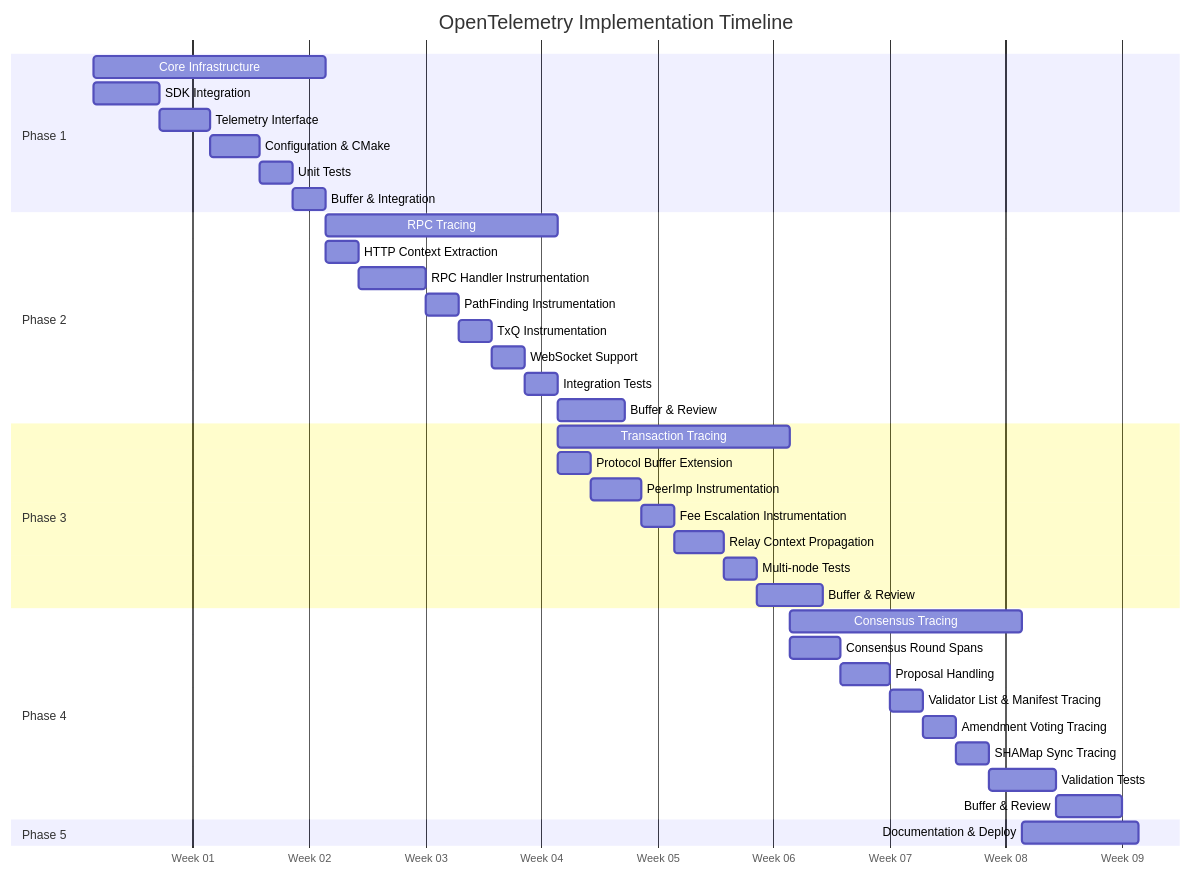
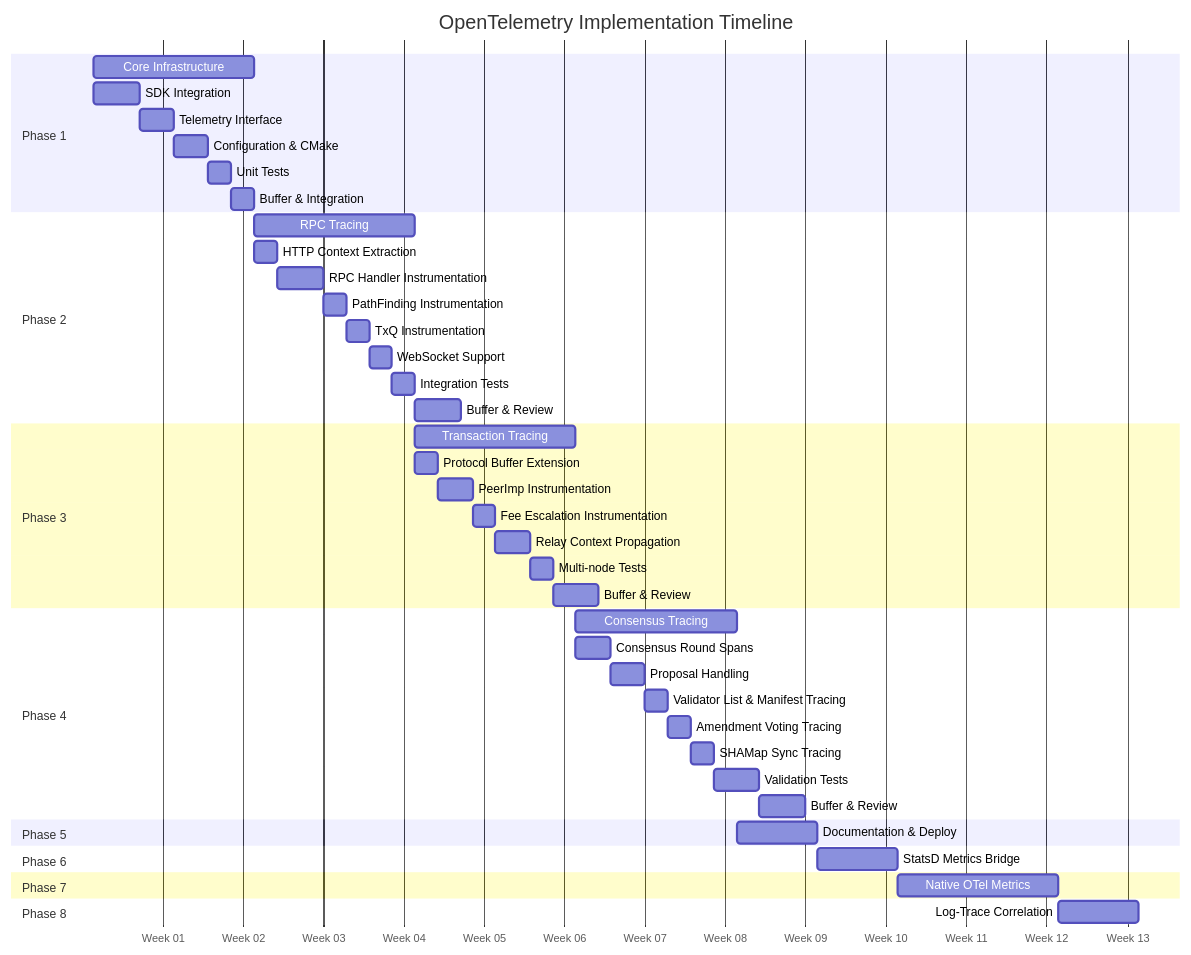
One commit to XRPLF/rippled changed the first of 8 diagrams in OpenTelemetryPlan/06-implementation-phases.md. Above: the diagram before and after it, drawn with Mermaid. The commit also changed other lines of this file and 14 other files, not shown here.

Commit message:
Phase 8: Log-trace correlation with Loki and filelog receiver

````diff
--- a/OpenTelemetryPlan/06-implementation-phases.md
+++ b/OpenTelemetryPlan/06-implementation-phases.md
@@ -12,46 +12,55 @@
 ```mermaid
 gantt
     title OpenTelemetry Implementation Timeline
     dateFormat  YYYY-MM-DD
     axisFormat  Week %W
 
     section Phase 1
     Core Infrastructure        :p1, 2024-01-01, 2w
     SDK Integration           :p1a, 2024-01-01, 4d
     Telemetry Interface       :p1b, after p1a, 3d
     Configuration & CMake     :p1c, after p1b, 3d
     Unit Tests                :p1d, after p1c, 2d
     Buffer & Integration      :p1e, after p1d, 2d
 
     section Phase 2
     RPC Tracing               :p2, after p1, 2w
     HTTP Context Extraction   :p2a, after p1, 2d
     RPC Handler Instrumentation :p2b, after p2a, 4d
     PathFinding Instrumentation :p2f, after p2b, 2d
     TxQ Instrumentation       :p2g, after p2f, 2d
     WebSocket Support         :p2c, after p2g, 2d
     Integration Tests         :p2d, after p2c, 2d
     Buffer & Review           :p2e, after p2d, 4d
 
     section Phase 3
     Transaction Tracing       :p3, after p2, 2w
     Protocol Buffer Extension :p3a, after p2, 2d
     PeerImp Instrumentation   :p3b, after p3a, 3d
     Fee Escalation Instrumentation :p3f, after p3b, 2d
     Relay Context Propagation :p3c, after p3f, 3d
     Multi-node Tests          :p3d, after p3c, 2d
     Buffer & Review           :p3e, after p3d, 4d
 
     section Phase 4
     Consensus Tracing         :p4, after p3, 2w
     Consensus Round Spans     :p4a, after p3, 3d
     Proposal Handling         :p4b, after p4a, 3d
     Validator List & Manifest Tracing :p4f, after p4b, 2d
     Amendment Voting Tracing  :p4g, after p4f, 2d
     SHAMap Sync Tracing       :p4h, after p4g, 2d
     Validation Tests          :p4c, after p4h, 4d
     Buffer & Review           :p4e, after p4c, 4d
 
     section Phase 5
     Documentation & Deploy    :p5, after p4, 1w
+
+    section Phase 6
+    StatsD Metrics Bridge     :p6, after p5, 1w
+
+    section Phase 7
+    Native OTel Metrics       :p7, after p6, 2w
+
+    section Phase 8
+    Log-Trace Correlation     :p8, after p7, 1w
 ```
````
